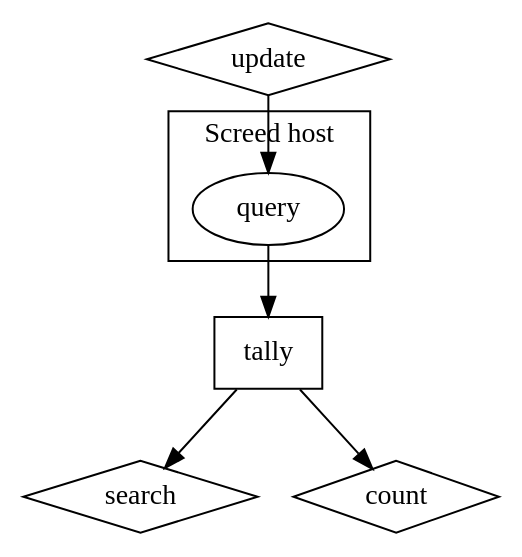
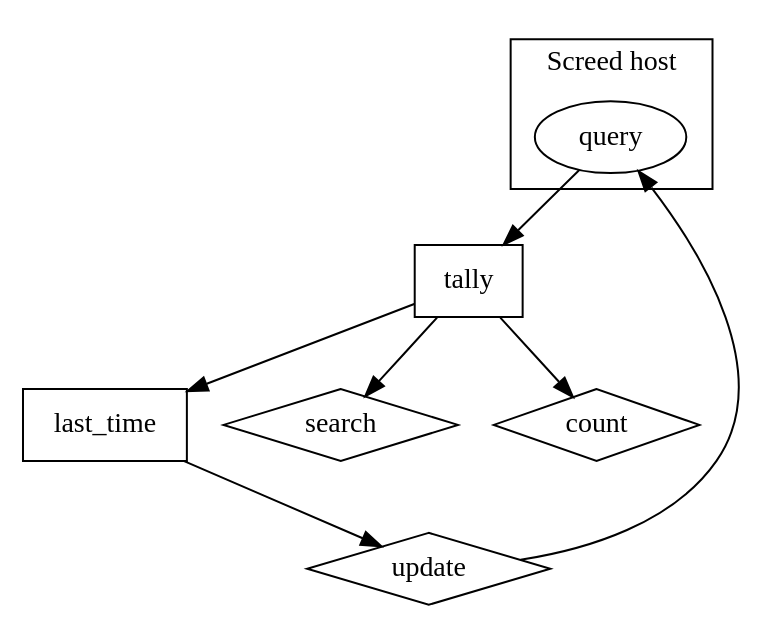
The diagram in doc/tally.dot (securepollingsystem/securepolling), drawn with Graphviz before and after one commit. The commit also changed 2 other files, not shown here.

```diff
--- a/doc/tally.dot
+++ b/doc/tally.dot
@@ -1,12 +1,11 @@
 digraph {
   subgraph cluster_screed_host {
     label="Screed host"
     query
   }
-  tally [shape="box"]
+  tally, last_time [shape="box"]
   update, search, count [shape="diamond"]
-  
-  update -> query -> tally
+  tally -> last_time -> update -> query -> tally
   tally -> search
   tally -> count
 }
```
